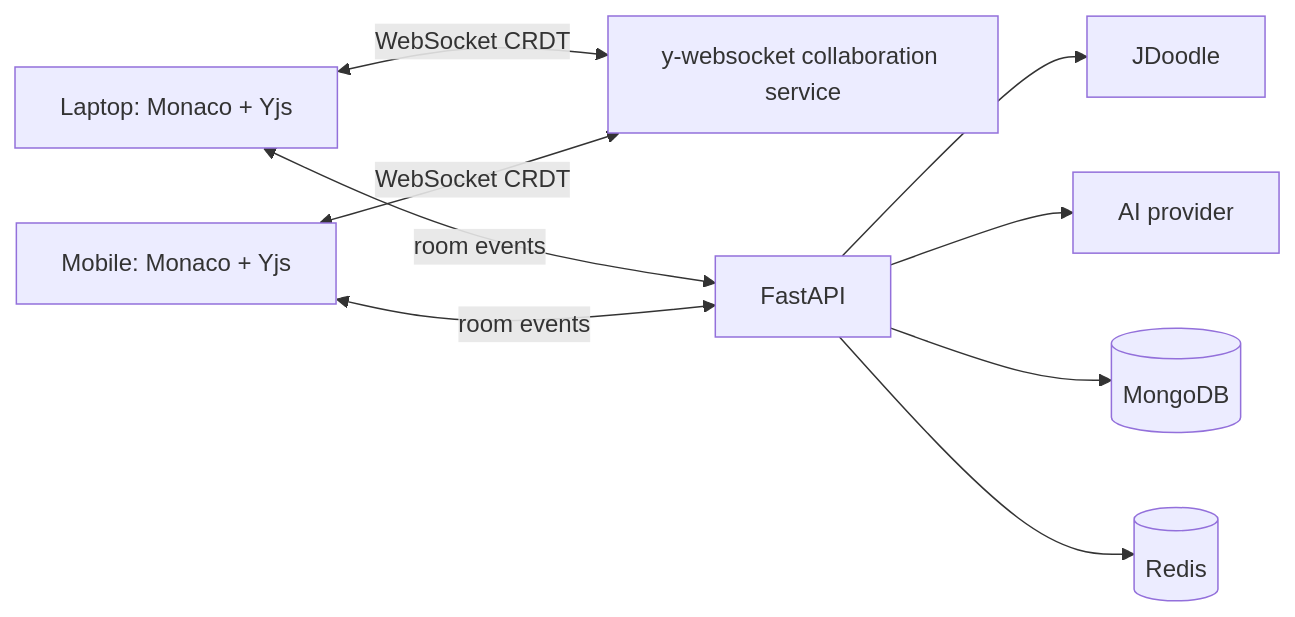
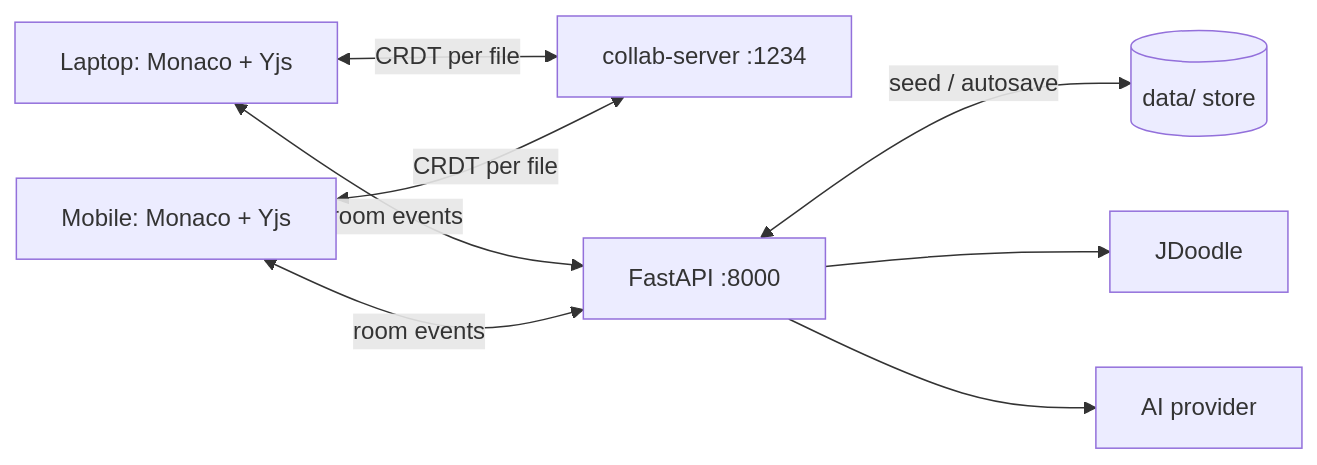
The diagram in README.md (SureshRajpoot143/codepilot-Ai-powered-compiler), drawn with Mermaid before and after one commit. The commit also changed other lines of this file and 182 other files, not shown here.

````diff
--- a/README.md
+++ b/README.md
@@ -14,10 +14,9 @@
 ```mermaid
 flowchart LR
-  A[Laptop: Monaco + Yjs] <-- WebSocket CRDT --> C[y-websocket collaboration service]
-  B[Mobile: Monaco + Yjs] <-- WebSocket CRDT --> C
-  A & B <-- room events --> F[FastAPI]
+  A[Laptop: Monaco + Yjs] <-- CRDT per file --> C[collab-server :1234]
+  B[Mobile: Monaco + Yjs] <-- CRDT per file --> C
+  A & B <-- room events --> F[FastAPI :8000]
+  F <-- seed / autosave --> S[(data/ store)]
   F --> J[JDoodle]
   F --> L[AI provider]
-  F --> M[(MongoDB)]
-  F --> R[(Redis)]
 ```
````
